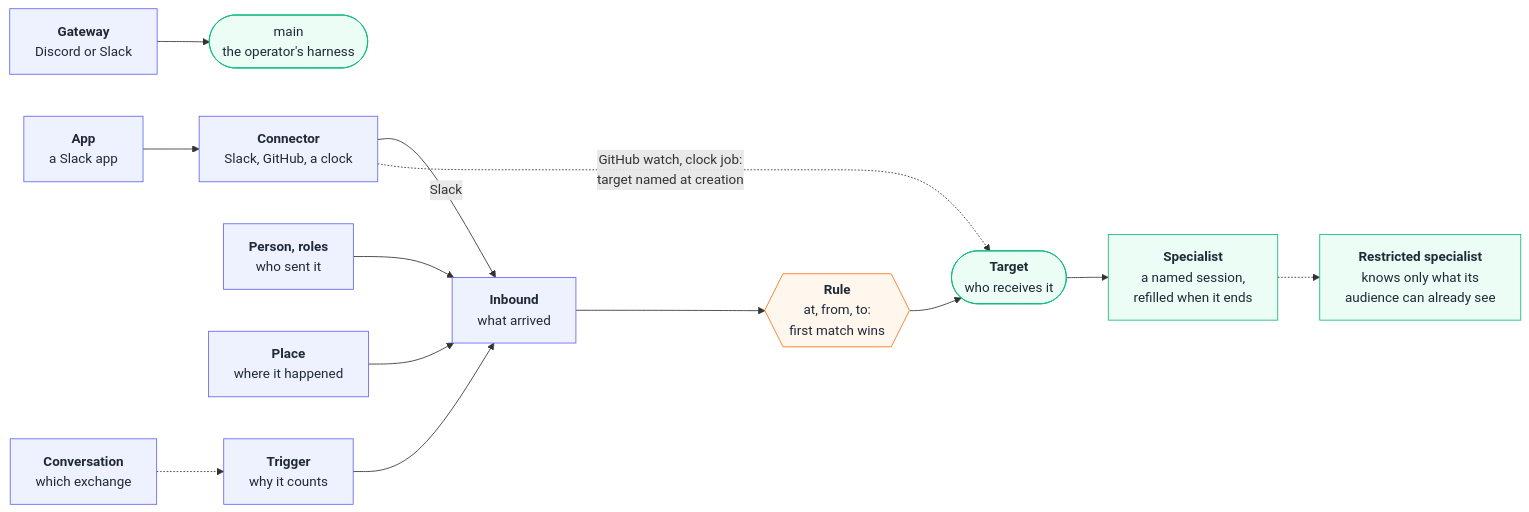
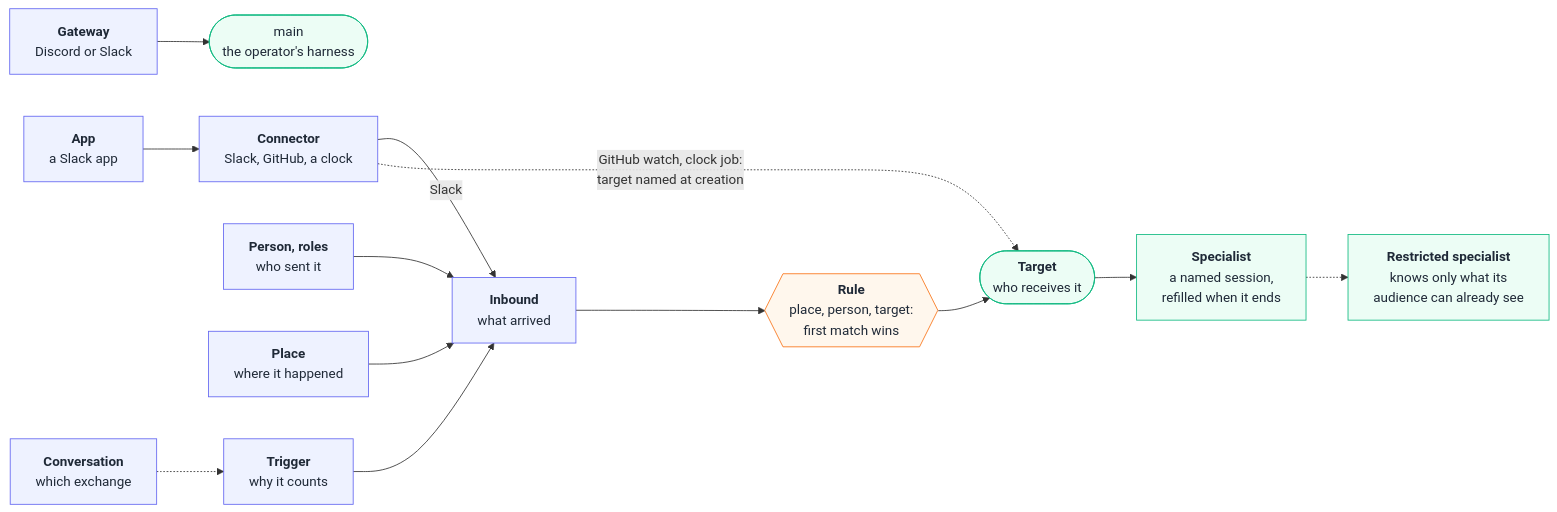
Before and after one commit to sf8193/hydra: the diagram in diagrams/core.mmd, drawn with Mermaid. The commit also changed 31 other files, not shown here.

```diff
--- a/diagrams/core.mmd
+++ b/diagrams/core.mmd
@@ -1,19 +1,19 @@
 flowchart LR
   GW["<b>Gateway</b><br/>Discord or Slack"] --> MN(["main<br/>the operator's harness"])
   AP["<b>App</b><br/>a Slack app"] --> CN["<b>Connector</b><br/>Slack, GitHub, a clock"]
   CN -- "Slack" --> IN["<b>Inbound</b><br/>what arrived"]
   PE["<b>Person, roles</b><br/>who sent it"] --> IN
   PL["<b>Place</b><br/>where it happened"] --> IN
   TR["<b>Trigger</b><br/>why it counts"] --> IN
   CV["<b>Conversation</b><br/>which exchange"] -.-> TR
-  IN --> RU{{"<b>Rule</b><br/>at, from, to:<br/>first match wins"}}
+  IN --> RU{{"<b>Rule</b><br/>place, person, target:<br/>first match wins"}}
   RU --> TG(["<b>Target</b><br/>who receives it"])
   CN -. "GitHub watch, clock job:<br/>target named at creation" .-> TG
   TG --> SP["<b>Specialist</b><br/>a named session,<br/>refilled when it ends"]
   SP -.-> RS["<b>Restricted specialist</b><br/>knows only what its<br/>audience can already see"]
   classDef core fill:#ecfdf5,stroke:#10b981,color:#1f2937
   classDef step fill:#eef2ff,stroke:#6366f1,color:#1f2937
   classDef gate fill:#fff7ed,stroke:#f97316,color:#1f2937
   class TG,SP,RS,MN core
   class GW,AP,CN,IN,PE,PL,TR,CV step
   class RU gate
```
